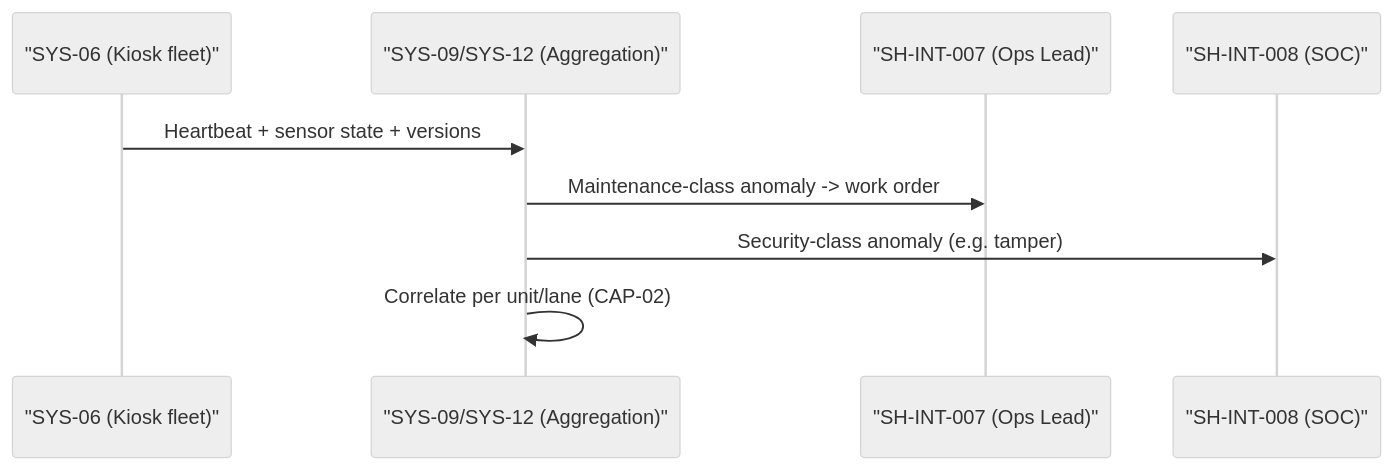
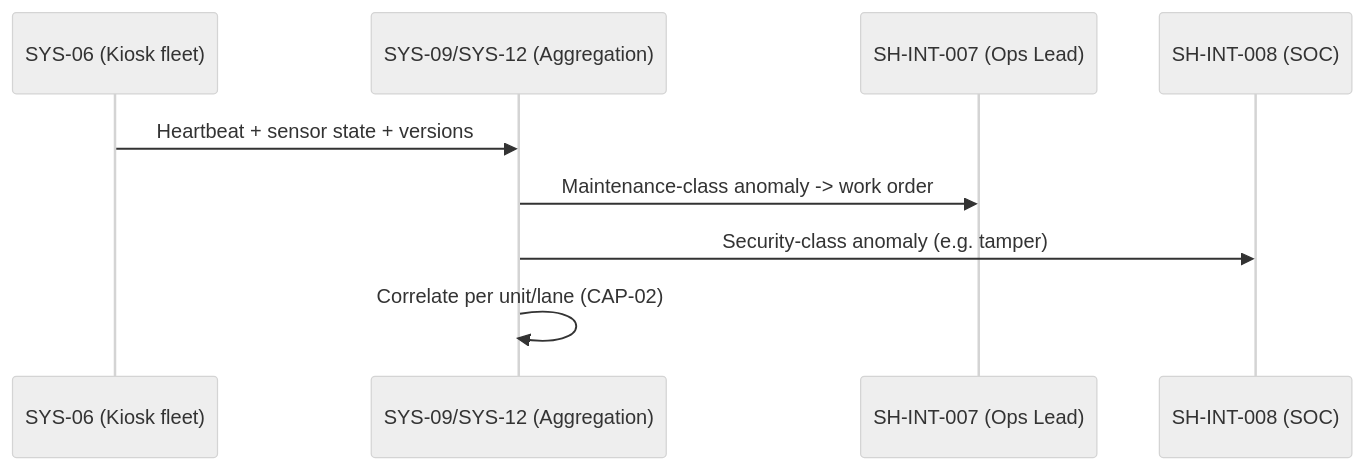
One commit to pauloribeiro16/Methodology_compact changed diagram 12 of 21 in 02_CASES/Case_02_SecureBorder_Solutions/03_PHASE3_DECOMPOSITION/annexes/B_Sequence_Diagrams.md. Above: the diagram before and after it, drawn with Mermaid (neutral theme). The commit also changed other lines of this file and 5 other files, not shown here.

Commit message:
[EXECUTOR] uc-catalogues: embed UC diagram gallery + inline sequence diagrams — Case_01/02/03

````diff
--- a/02_CASES/Case_02_SecureBorder_Solutions/03_PHASE3_DECOMPOSITION/annexes/B_Sequence_Diagrams.md
+++ b/02_CASES/Case_02_SecureBorder_Solutions/03_PHASE3_DECOMPOSITION/annexes/B_Sequence_Diagrams.md
@@ -169,11 +166,11 @@
 ```mermaid
 sequenceDiagram
-    participant KIOSK as "SYS-06 (Kiosk fleet)"
-    participant SIEM as "SYS-09/SYS-12 (Aggregation)"
-    participant OPS as "SH-INT-007 (Ops Lead)"
-    participant SOC as "SH-INT-008 (SOC)"
+    participant KIOSK as SYS-06 (Kiosk fleet)
+    participant SIEM as SYS-09/SYS-12 (Aggregation)
+    participant OPS as SH-INT-007 (Ops Lead)
+    participant SOC as SH-INT-008 (SOC)
     KIOSK->>SIEM: Heartbeat + sensor state + versions
     SIEM->>OPS: Maintenance-class anomaly -> work order
     SIEM->>SOC: Security-class anomaly (e.g. tamper)
     SIEM->>SIEM: Correlate per unit/lane (CAP-02)
 ```
````
